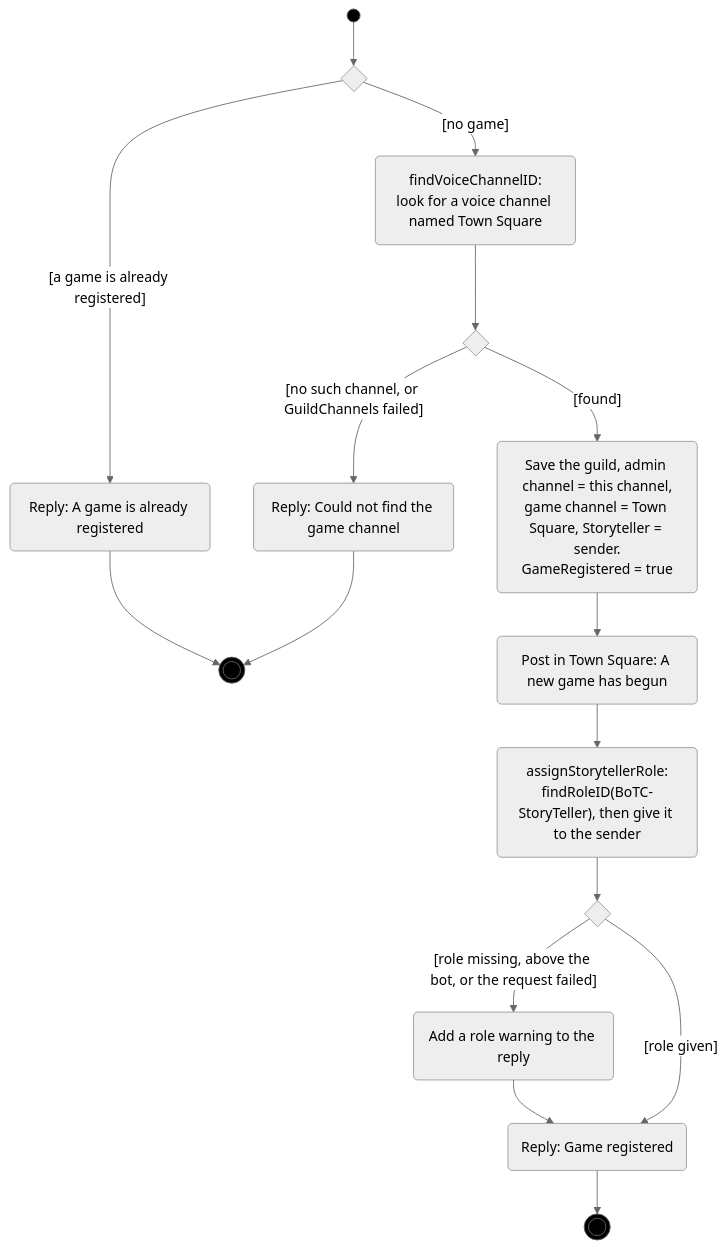
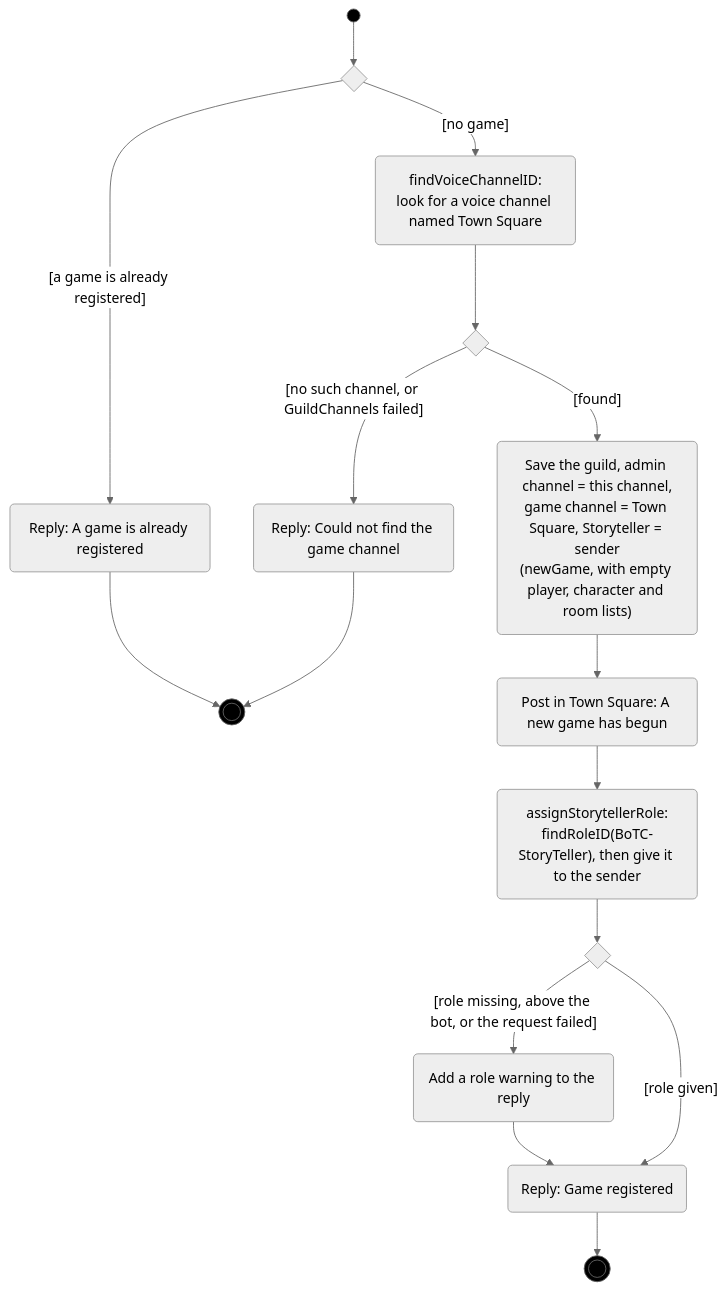
The first of 6 diagrams in docs/uml/game-lifecycle.md (RAGNOARAKNOS/BotOnTheClocktower), drawn with Mermaid (neutral theme) before and after one commit. The commit also changed other lines of this file and 13 other files, not shown here.

````diff
--- a/docs/uml/game-lifecycle.md
+++ b/docs/uml/game-lifecycle.md
@@ -13,21 +13,21 @@
 ```mermaid
 flowchart TD
     start((" ")):::initial --> d1{" "}
     d1 -->|"[a game is already registered]"| refused1("Reply: A game is already registered")
     d1 -->|"[no game]"| find("findVoiceChannelID:<br/>look for a voice channel named Town Square")
     find --> d2{" "}
     d2 -->|"[no such channel, or GuildChannels failed]"| refused2("Reply: Could not find the game channel")
-    d2 -->|"[found]"| save("Save the guild, admin channel = this channel,<br/>game channel = Town Square, Storyteller = sender.<br/>GameRegistered = true")
+    d2 -->|"[found]"| save("Save the guild, admin channel = this channel,<br/>game channel = Town Square, Storyteller = sender<br/>(newGame, with empty player, character and room lists)")
     save --> announce("Post in Town Square: A new game has begun")
     announce --> role("assignStorytellerRole:<br/>findRoleID(BoTC-StoryTeller), then give it to the sender")
     role --> d3{" "}
     d3 -->|"[role missing, above the bot, or the request failed]"| warn("Add a role warning to the reply")
     d3 -->|"[role given]"| reply("Reply: Game registered")
     warn --> reply
     refused1 --> refused(((" "))):::final
     refused2 --> refused
     reply --> registered(((" "))):::final
 
     classDef initial fill:#000,stroke:#666
     classDef final fill:#000,stroke:#666
 ```
````
